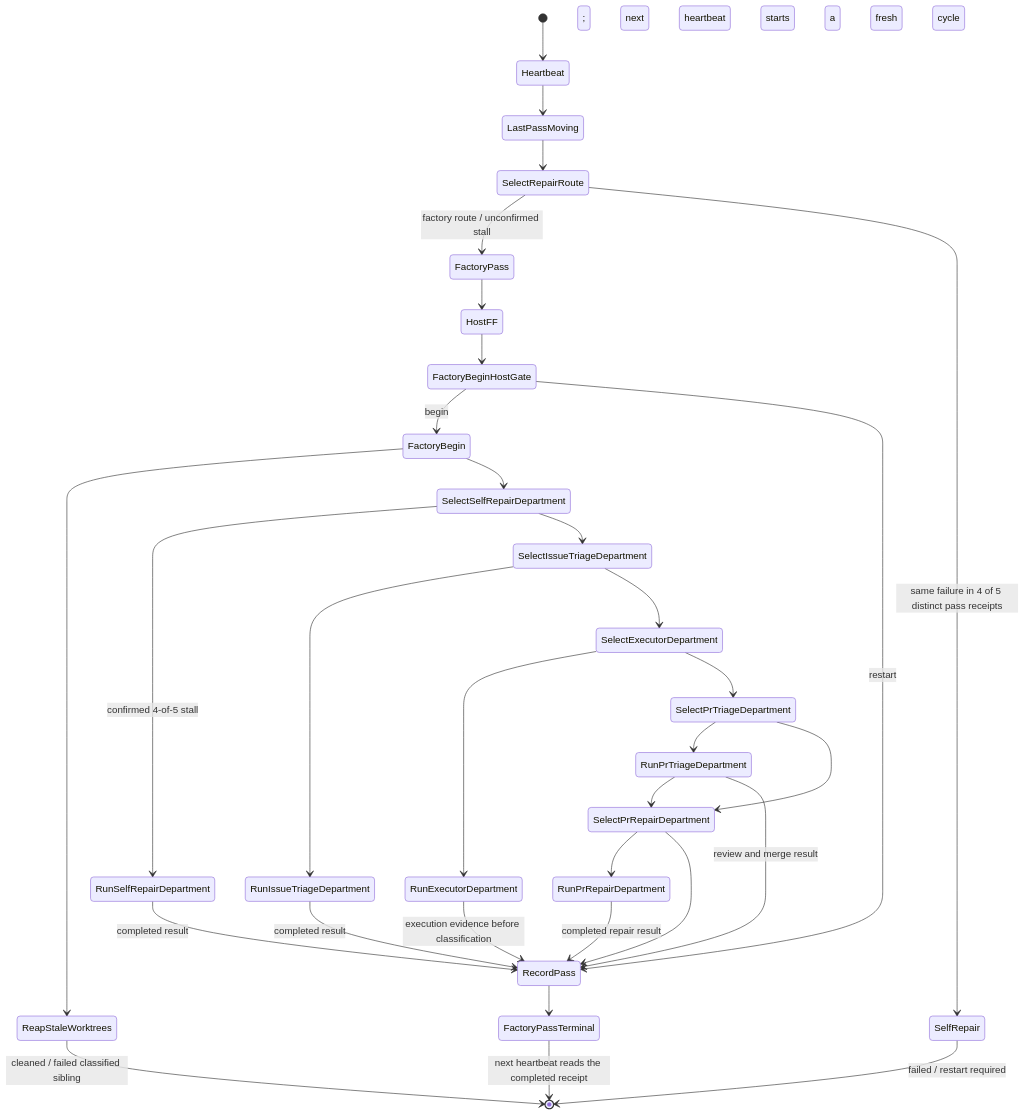
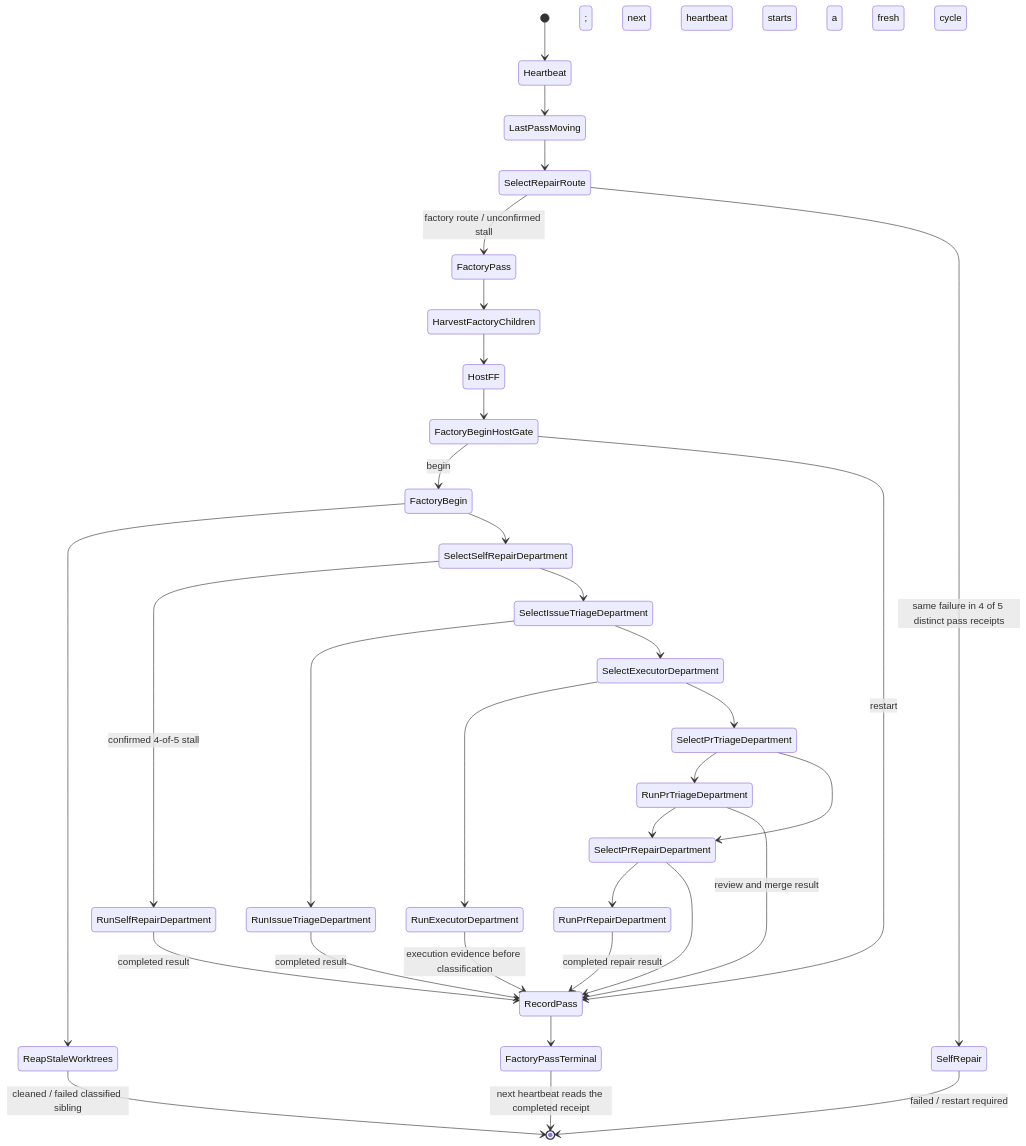
One commit to mikolaj92/lokay changed the first of 44 diagrams in README.md. Above: the diagram before and after it, drawn with Mermaid. The commit also changed 7 other files, not shown here.

Commit message:
feat: move pre-pass harvest into Fala graph (refs #1090)

````diff
--- a/README.md
+++ b/README.md
@@ -95,34 +95,35 @@
 ```mermaid
 stateDiagram-v2
     [*] --> Heartbeat
     Heartbeat --> LastPassMoving
     LastPassMoving --> SelectRepairRoute
     SelectRepairRoute --> FactoryPass: factory route / unconfirmed stall
     SelectRepairRoute --> SelfRepair: same failure in 4 of 5 distinct pass receipts
     SelfRepair --> [*]: failed / restart required; next heartbeat starts a fresh cycle
-    FactoryPass --> HostFF
+    FactoryPass --> HarvestFactoryChildren
+    HarvestFactoryChildren --> HostFF
     HostFF --> FactoryBeginHostGate
     FactoryBeginHostGate --> FactoryBegin: begin
     FactoryBeginHostGate --> RecordPass: restart
     FactoryBegin --> ReapStaleWorktrees
     FactoryBegin --> SelectSelfRepairDepartment
     SelectSelfRepairDepartment --> RunSelfRepairDepartment: confirmed 4-of-5 stall
     SelectSelfRepairDepartment --> SelectIssueTriageDepartment
     SelectIssueTriageDepartment --> RunIssueTriageDepartment
     SelectIssueTriageDepartment --> SelectExecutorDepartment
     SelectExecutorDepartment --> RunExecutorDepartment
     SelectExecutorDepartment --> SelectPrTriageDepartment
     SelectPrTriageDepartment --> RunPrTriageDepartment
     SelectPrTriageDepartment --> SelectPrRepairDepartment
     RunPrTriageDepartment --> SelectPrRepairDepartment
     SelectPrRepairDepartment --> RunPrRepairDepartment
     SelectPrRepairDepartment --> RecordPass
     RunSelfRepairDepartment --> RecordPass: completed result
     RunIssueTriageDepartment --> RecordPass: completed result
     RunExecutorDepartment --> RecordPass: execution evidence before classification
     RunPrTriageDepartment --> RecordPass: review and merge result
     RunPrRepairDepartment --> RecordPass: completed repair result
     RecordPass --> FactoryPassTerminal
     ReapStaleWorktrees --> [*]: cleaned / failed classified sibling
     FactoryPassTerminal --> [*]: next heartbeat reads the completed receipt
 ```
````
